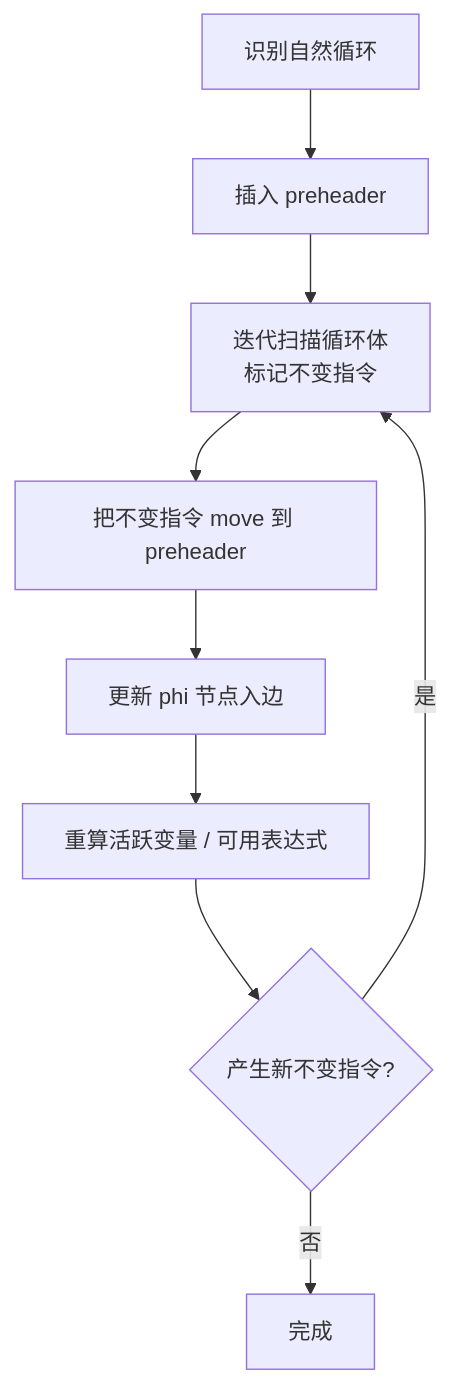
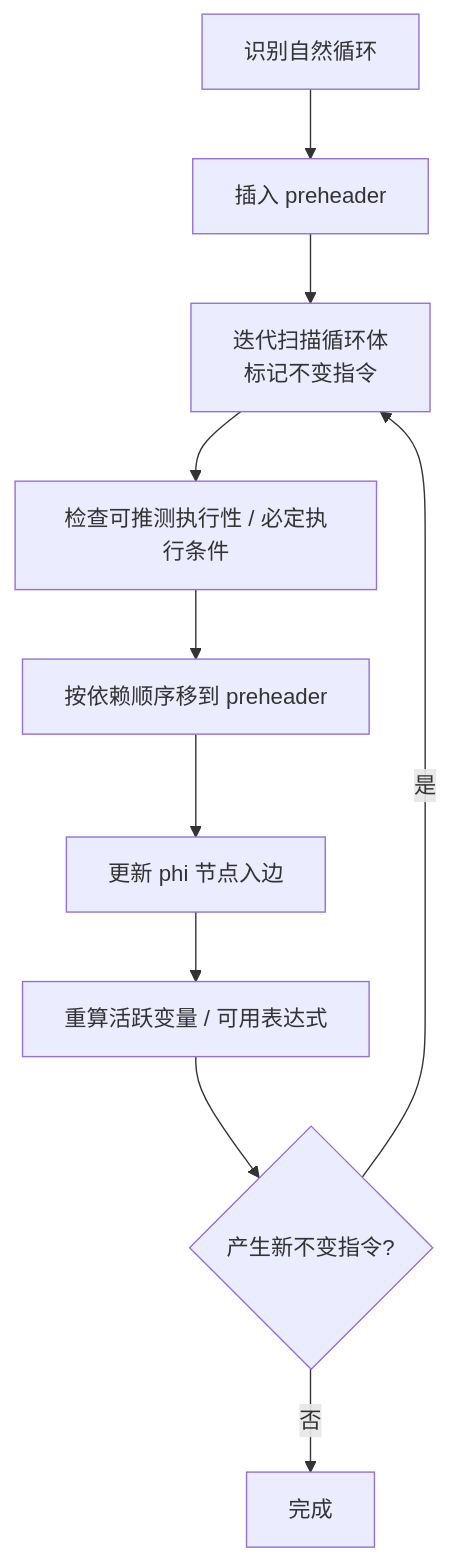
Before and after one commit to lightsmilew/compiler-principles: the fourth of 4 diagrams in docs/optim/ir-licm.md, drawn with Mermaid. The commit also changed other lines of this file and 32 other files, not shown here.

Commit message:
docs: unify assessment flow and submission guidance

````diff
--- a/docs/optim/ir-licm.md
+++ b/docs/optim/ir-licm.md
@@ -180,11 +178,12 @@
 ```mermaid
 flowchart TD
   A[识别自然循环] --> B[插入 preheader]
   B --> C[迭代扫描循环体<br/>标记不变指令]
-  C --> D[把不变指令 move 到 preheader]
+  C --> S[检查可推测执行性 / 必定执行条件]
+  S --> D[按依赖顺序移到 preheader]
   D --> E[更新 phi 节点入边]
   E --> F[重算活跃变量 / 可用表达式]
   F --> Q{产生新不变指令?}
   Q -- 是 --> C
   Q -- 否 --> End[完成]
 ```
````
